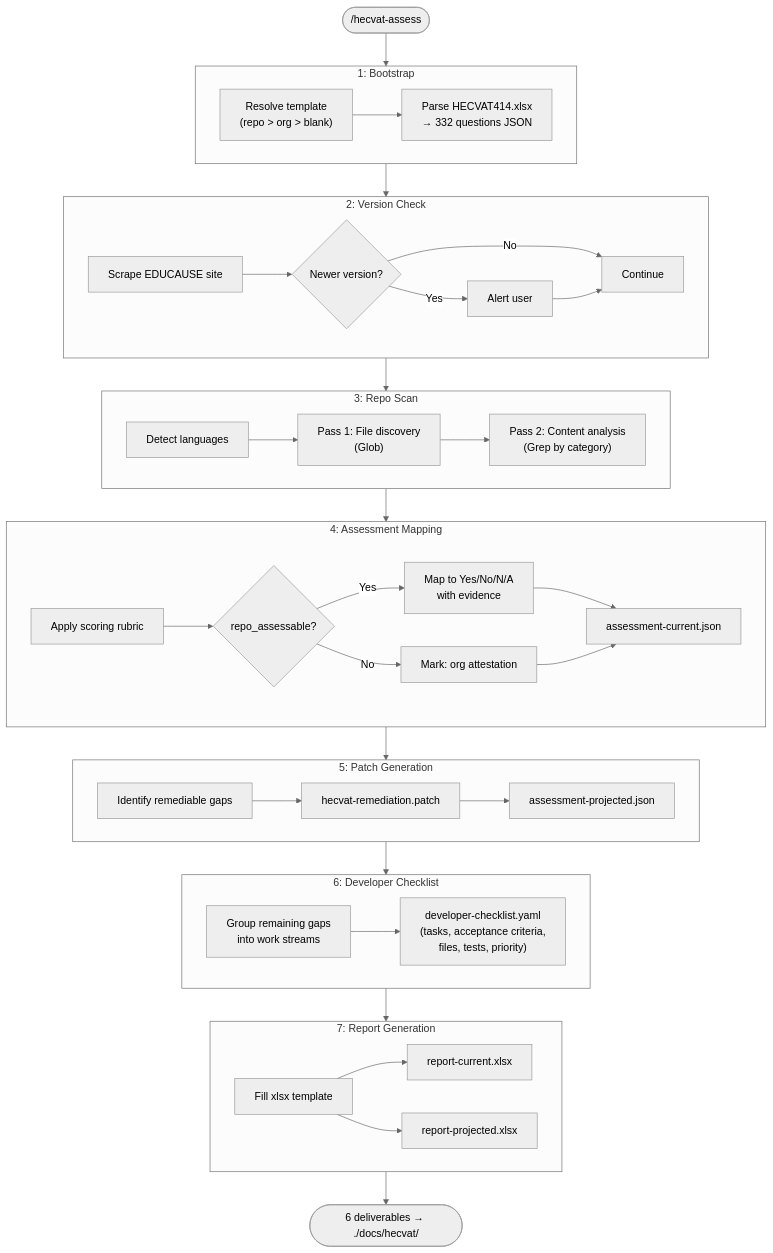
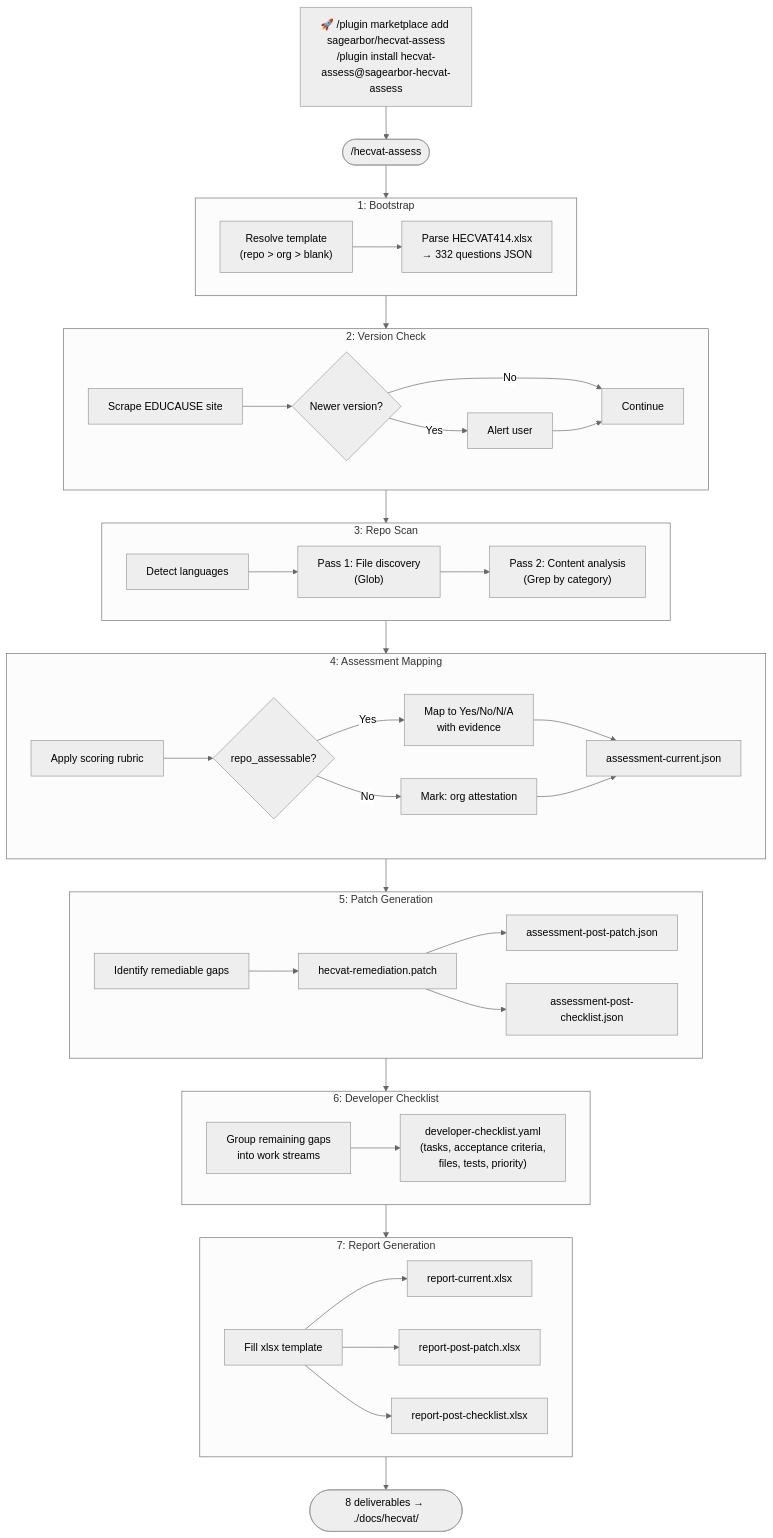
One commit to sagearbor/hecvat-assess changed the diagram in README.md. Above: the diagram before and after it, drawn with Mermaid (neutral theme). The commit also changed other lines of this file and 1 other file, not shown here.

````diff
--- a/README.md
+++ b/README.md
@@ -91,56 +105,59 @@
 ```mermaid
 flowchart TD
+    QS["🚀 /plugin marketplace add sagearbor/hecvat-assess\n/plugin install hecvat-assess@sagearbor-hecvat-assess"] --> START
     START(["/hecvat-assess"]) --> S1
 
     subgraph S1["1: Bootstrap"]
         S1A["Resolve template<br/>(repo > org > blank)"] --> S1B["Parse HECVAT414.xlsx<br/>→ 332 questions JSON"]
     end
 
     S1 --> S2
 
     subgraph S2["2: Version Check"]
         S2A["Scrape EDUCAUSE site"] --> S2B{"Newer version?"}
         S2B -- Yes --> S2C["Alert user"]
         S2B -- No --> S2D["Continue"]
         S2C --> S2D
     end
 
     S2 --> S3
 
     subgraph S3["3: Repo Scan"]
         S3A["Detect languages"] --> S3B["Pass 1: File discovery<br/>(Glob)"]
         S3B --> S3C["Pass 2: Content analysis<br/>(Grep by category)"]
     end
 
     S3 --> S4
 
     subgraph S4["4: Assessment Mapping"]
         S4A["Apply scoring rubric"] --> S4B{"repo_assessable?"}
         S4B -- Yes --> S4C["Map to Yes/No/N/A<br/>with evidence"]
         S4B -- No --> S4D["Mark: org attestation"]
         S4C --> S4E["assessment-current.json"]
         S4D --> S4E
     end
 
     S4 --> S5
 
     subgraph S5["5: Patch Generation"]
         S5A["Identify remediable gaps"] --> S5B["hecvat-remediation.patch"]
-        S5B --> S5C["assessment-projected.json"]
+        S5B --> S5C["assessment-post-patch.json"]
+        S5B --> S5D["assessment-post-checklist.json"]
     end
 
     S5 --> S6
 
     subgraph S6["6: Developer Checklist"]
         S6A["Group remaining gaps<br/>into work streams"] --> S6B["developer-checklist.yaml<br/>(tasks, acceptance criteria,<br/>files, tests, priority)"]
     end
 
     S6 --> S7
 
     subgraph S7["7: Report Generation"]
         S7A["Fill xlsx template"] --> S7B["report-current.xlsx"]
-        S7A --> S7C["report-projected.xlsx"]
+        S7A --> S7C["report-post-patch.xlsx"]
+        S7A --> S7D["report-post-checklist.xlsx"]
     end
 
-    S7 --> DONE(["6 deliverables → ./docs/hecvat/"])
+    S7 --> DONE(["8 deliverables → ./docs/hecvat/"])
 ```
````
